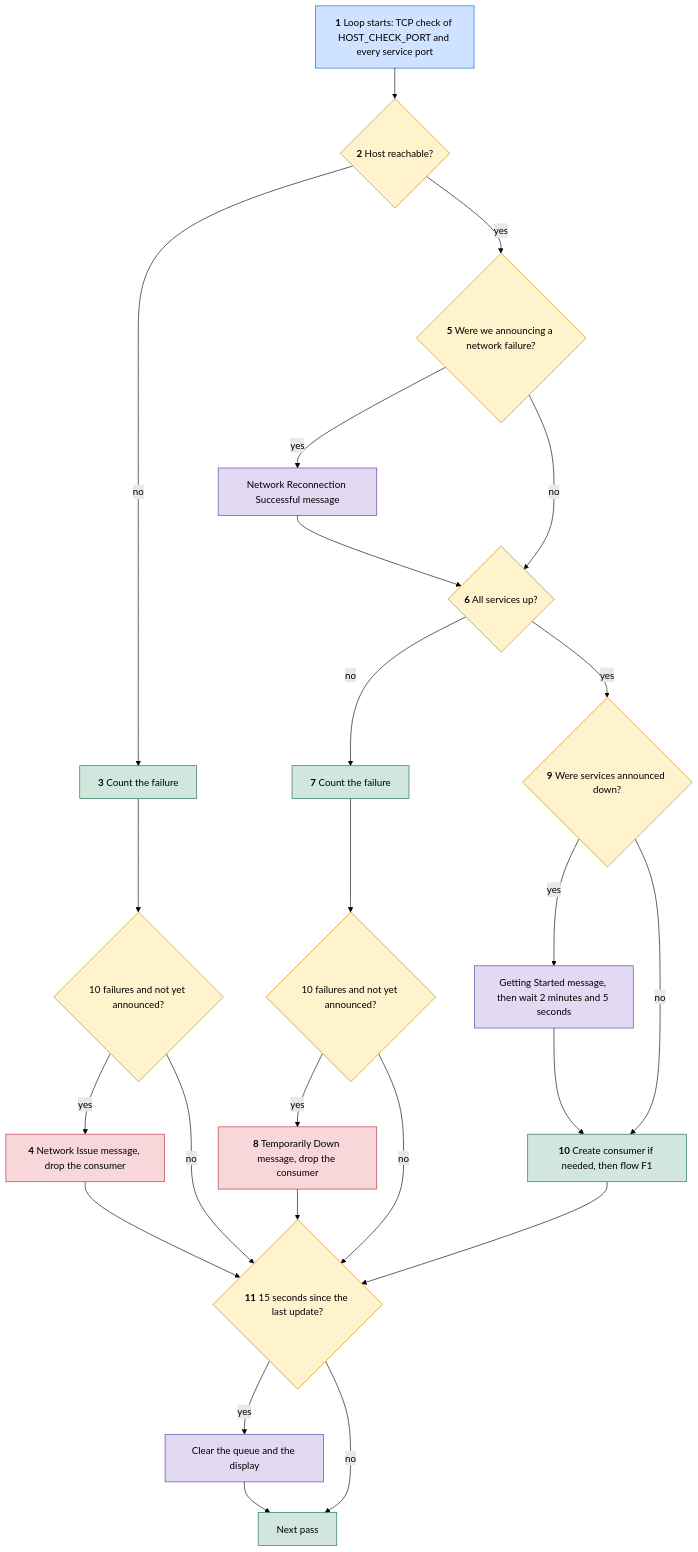
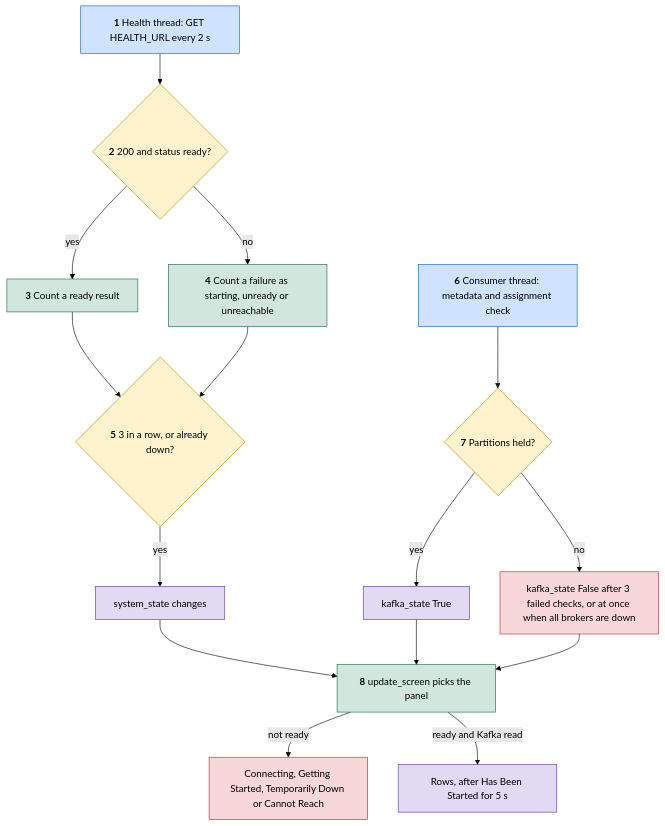
The second of 4 diagrams in docs/FLOW.md (hamza-aziz-ai/Kafka-WebApp), drawn with Mermaid (forest theme) before and after one commit. The commit also changed other lines of this file and 17 other files, not shown here.

````diff
--- a/docs/FLOW.md
+++ b/docs/FLOW.md
@@ -70,43 +70,32 @@
 ```mermaid
 flowchart TD
-    A["`**1** Loop starts: TCP check of HOST_CHECK_PORT and every service port`"]:::way
-    B{"`**2** Host reachable?`"}:::decide
-    C["`**3** Count the failure`"]:::step
-    D{"`10 failures and not yet announced?`"}:::decide
-    E["`**4** Network Issue message, drop the consumer`"]:::err
-    F{"`**5** Were we announcing a network failure?`"}:::decide
-    G["`Network Reconnection Successful message`"]:::outcome
-    H{"`**6** All services up?`"}:::decide
-    I["`**7** Count the failure`"]:::step
-    J{"`10 failures and not yet announced?`"}:::decide
-    K["`**8** Temporarily Down message, drop the consumer`"]:::err
-    L{"`**9** Were services announced down?`"}:::decide
-    M["`Getting Started message, then wait 2 minutes and 5 seconds`"]:::outcome
-    N["`**10** Create consumer if needed, then flow F1`"]:::step
-    O{"`**11** 15 seconds since the last update?`"}:::decide
-    P["`Clear the queue and the display`"]:::outcome
-    Q["`Next pass`"]:::step
+    A["`**1** Health thread: GET HEALTH_URL every 2 s`"]:::way
+    B{"`**2** 200 and status ready?`"}:::decide
+    C["`**3** Count a ready result`"]:::step
+    D["`**4** Count a failure as starting, unready or unreachable`"]:::step
+    E{"`**5** 3 in a row, or already down?`"}:::decide
+    F["`system_state changes`"]:::outcome
+    G["`**6** Consumer thread: metadata and assignment check`"]:::way
+    H{"`**7** Partitions held?`"}:::decide
+    I["`kafka_state True`"]:::outcome
+    J["`kafka_state False after 3 failed checks, or at once when all brokers are down`"]:::err
+    K["`**8** update_screen picks the panel`"]:::step
+    L["`Connecting, Getting Started, Temporarily Down or Cannot Reach`"]:::err
+    M["`Rows, after Has Been Started for 5 s`"]:::outcome
 
     A --> B
-    B -->|no| C --> D
-    D -->|yes| E --> O
-    D -->|no| O
-    B -->|yes| F
-    F -->|yes| G --> H
-    F -->|no| H
-    H -->|no| I --> J
-    J -->|yes| K --> O
-    J -->|no| O
-    H -->|yes| L
-    L -->|yes| M --> N
-    L -->|no| N
-    N --> O
-    O -->|yes| P --> Q
-    O -->|no| Q
+    B -->|yes| C --> E
+    B -->|no| D --> E
+    E -->|yes| F --> K
+    G --> H
+    H -->|yes| I --> K
+    H -->|no| J --> K
+    K -->|"not ready"| L
+    K -->|"ready and Kafka read"| M
 
     classDef way fill:#cfe2ff,stroke:#0b5ed7,color:#000
     classDef step fill:#d1e7dd,stroke:#146c43,color:#000
     classDef decide fill:#fff3cd,stroke:#b58900,color:#000
     classDef outcome fill:#e2d9f3,stroke:#59359a,color:#000
     classDef err fill:#f8d7da,stroke:#b02a37,color:#000
 ```
````
